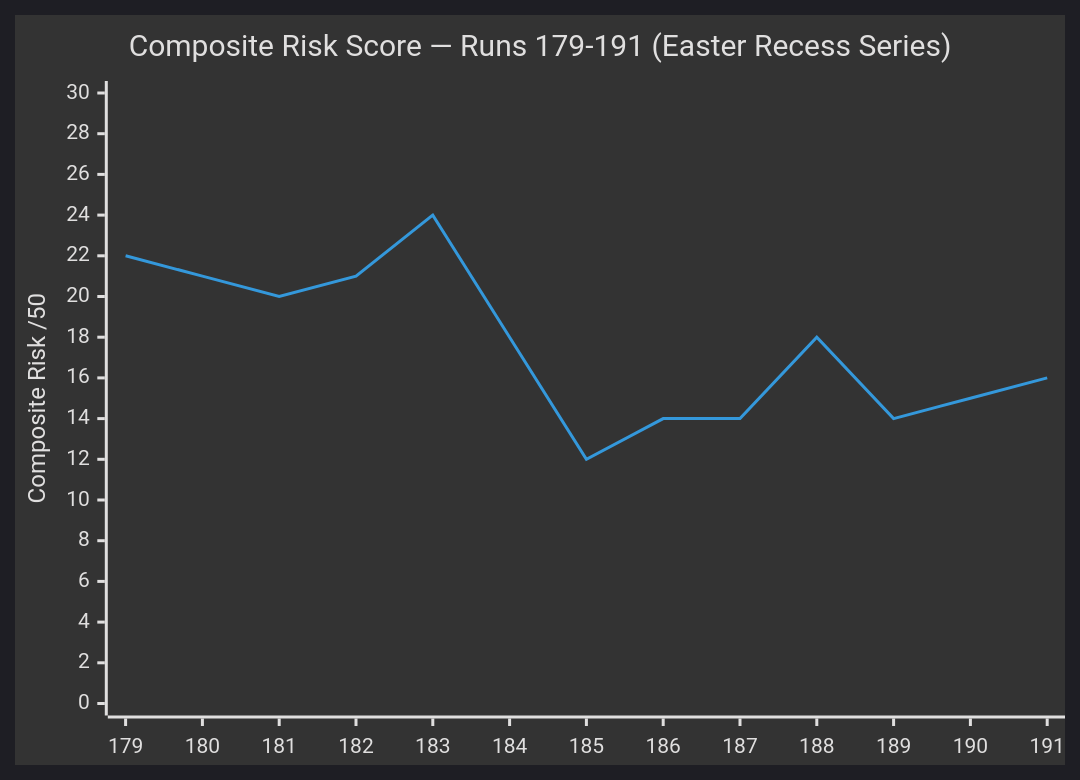
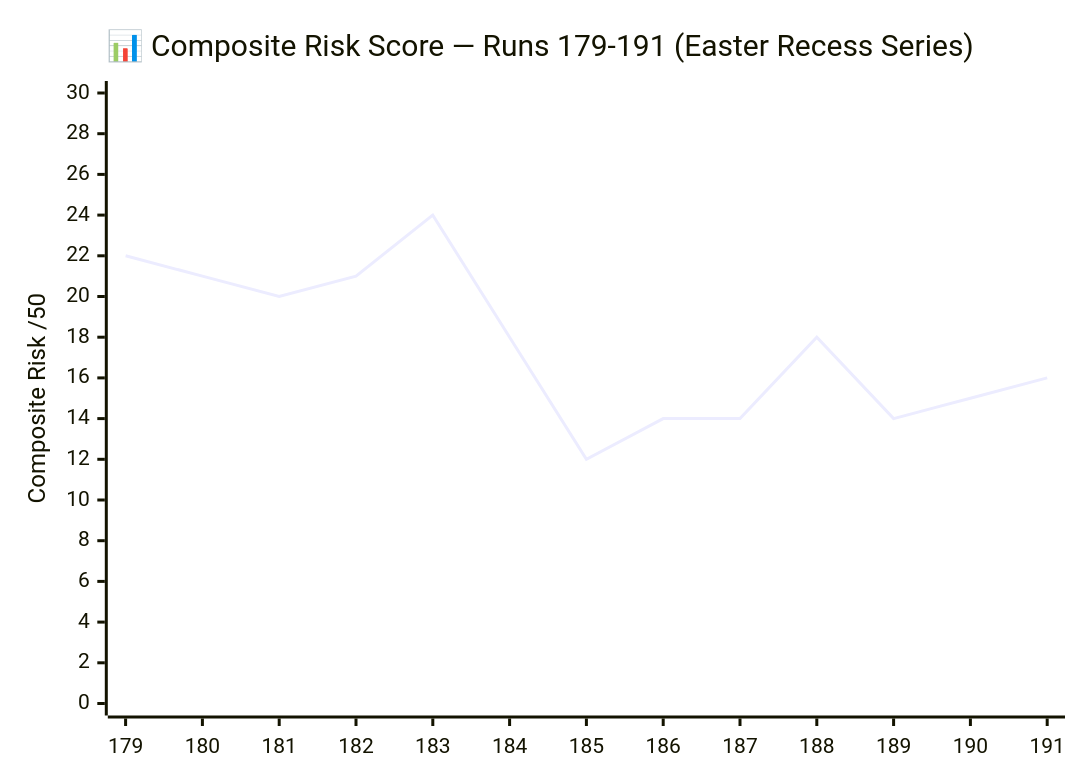
One commit to Hack23/euparliamentmonitor changed the second of 3 diagrams in analysis/daily/2026-04-20/breaking-run191/risk-scoring/risk-matrix.md. Above: the diagram before and after it, drawn with Mermaid. The commit also changed other lines of this file and 19 other files, not shown here.

````diff
--- a/analysis/daily/2026-04-20/breaking-run191/risk-scoring/risk-matrix.md
+++ b/analysis/daily/2026-04-20/breaking-run191/risk-scoring/risk-matrix.md
@@ -91,8 +113,8 @@
 ```mermaid
-%%{init: {"theme": "dark"}}%%
+%%{init: {"theme":"dark","themeVariables":{"primaryColor":"#1565C0","primaryTextColor":"#ffffff","primaryBorderColor":"#0A3F7F","lineColor":"#90CAF9","secondaryColor":"#2E7D32","secondaryTextColor":"#ffffff","secondaryBorderColor":"#0F3F00","tertiaryColor":"#FF9800","tertiaryTextColor":"#000000","tertiaryBorderColor":"#7F4F00","fontFamily":"Inter, Helvetica, Arial, sans-serif","xyChart":{"backgroundColor":"#1e1e1e","plotColorPalette":"#1565C0,#2E7D32,#FF9800,#D32F2F,#FFC107,#7B1FA2,#9E9E9E"}}}%%
 xychart-beta
-    title "Composite Risk Score — Runs 179-191 (Easter Recess Series)"
+    title "📊 Composite Risk Score — Runs 179-191 (Easter Recess Series)"
     x-axis [179, 180, 181, 182, 183, 184, 185, 186, 187, 188, 189, 190, 191]
     y-axis "Composite Risk /50" 0 --> 30
     line [22, 21, 20, 21, 24, 18, 12, 14, 14, 18, 14, 15, 16]
 ```
````
